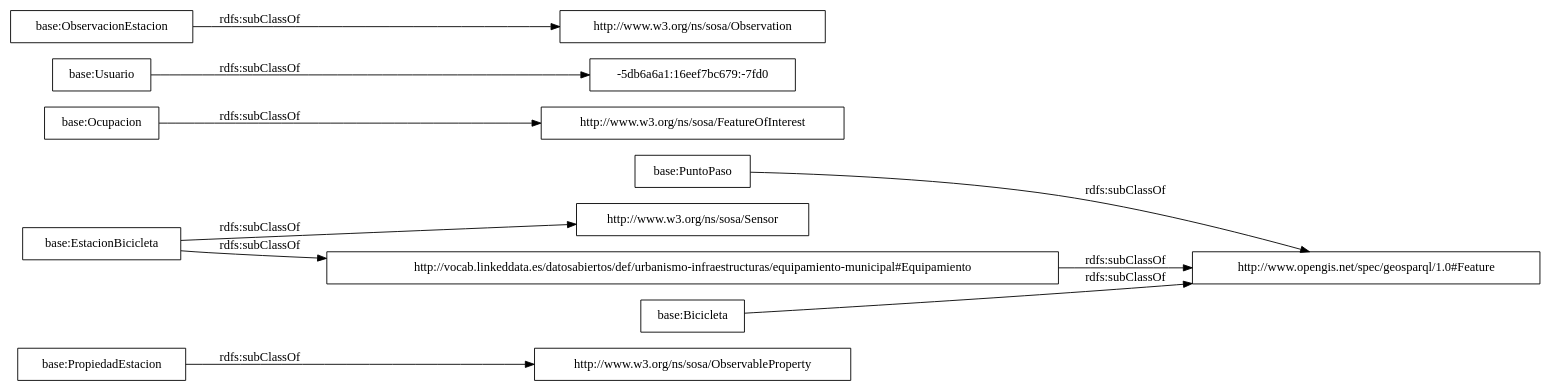
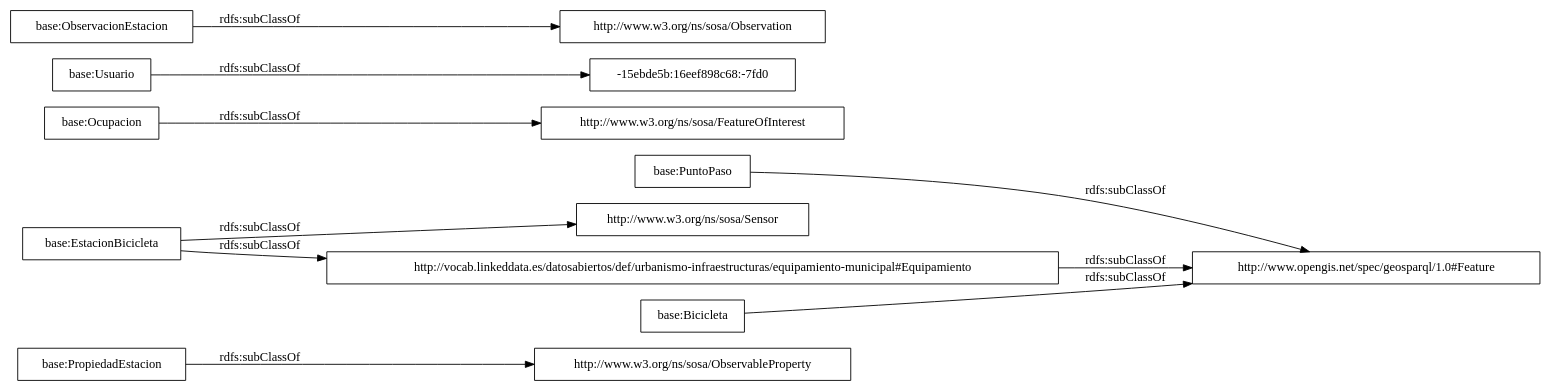
The diagram in OnToology/Ontology/bicicleta-publica.owl/diagrams/ar2dtool-taxonomy/bicicleta-publica.owl.png.dot (opencitydata/transporte-bici-datos-publicos), drawn with Graphviz before and after one commit. The commit also changed 23 other files, not shown here.

```diff
--- a/OnToology/Ontology/bicicleta-publica.owl/diagrams/ar2dtool-taxonomy/bicicleta-publica.owl.png.dot
+++ b/OnToology/Ontology/bicicleta-publica.owl/diagrams/ar2dtool-taxonomy/bicicleta-publica.owl.png.dot
@@ -1,15 +1,15 @@
 digraph ar2dtool_diagram { 
 rankdir=LR;
 size="1000"
-node [shape = rectangle, color="black"]; "base:PropiedadEstacion" "base:PuntoPaso" "http://www.w3.org/ns/sosa/ObservableProperty" "http://www.w3.org/ns/sosa/FeatureOfInterest" "base:Usuario" "base:Ocupacion" "-5db6a6a1:16eef7bc679:-7fd0" "http://www.w3.org/ns/sosa/Observation" "http://www.w3.org/ns/sosa/Sensor" "http://vocab.linkeddata.es/datosabiertos/def/urbanismo-infraestructuras/equipamiento-municipal#Equipamiento" "base:EstacionBicicleta" "base:ObservacionEstacion" "base:Bicicleta" "http://www.opengis.net/spec/geosparql/1.0#Feature" ; /*classes style*/
+node [shape = rectangle, color="black"]; "base:PropiedadEstacion" "base:PuntoPaso" "http://www.w3.org/ns/sosa/ObservableProperty" "http://www.w3.org/ns/sosa/FeatureOfInterest" "base:Usuario" "base:Ocupacion" "-15ebde5b:16eef898c68:-7fd0" "http://www.w3.org/ns/sosa/Observation" "http://www.w3.org/ns/sosa/Sensor" "http://vocab.linkeddata.es/datosabiertos/def/urbanismo-infraestructuras/equipamiento-municipal#Equipamiento" "base:EstacionBicicleta" "base:ObservacionEstacion" "base:Bicicleta" "http://www.opengis.net/spec/geosparql/1.0#Feature" ; /*classes style*/
 	"http://vocab.linkeddata.es/datosabiertos/def/urbanismo-infraestructuras/equipamiento-municipal#Equipamiento" -> "http://www.opengis.net/spec/geosparql/1.0#Feature" [ label = "rdfs:subClassOf" ];
 	"base:EstacionBicicleta" -> "http://vocab.linkeddata.es/datosabiertos/def/urbanismo-infraestructuras/equipamiento-municipal#Equipamiento" [ label = "rdfs:subClassOf" ];
 	"base:EstacionBicicleta" -> "http://www.w3.org/ns/sosa/Sensor" [ label = "rdfs:subClassOf" ];
-	"base:Usuario" -> "-5db6a6a1:16eef7bc679:-7fd0" [ label = "rdfs:subClassOf" ];
+	"base:Usuario" -> "-15ebde5b:16eef898c68:-7fd0" [ label = "rdfs:subClassOf" ];
 	"base:Bicicleta" -> "http://www.opengis.net/spec/geosparql/1.0#Feature" [ label = "rdfs:subClassOf" ];
 	"base:PuntoPaso" -> "http://www.opengis.net/spec/geosparql/1.0#Feature" [ label = "rdfs:subClassOf" ];
 	"base:Ocupacion" -> "http://www.w3.org/ns/sosa/FeatureOfInterest" [ label = "rdfs:subClassOf" ];
 	"base:PropiedadEstacion" -> "http://www.w3.org/ns/sosa/ObservableProperty" [ label = "rdfs:subClassOf" ];
 	"base:ObservacionEstacion" -> "http://www.w3.org/ns/sosa/Observation" [ label = "rdfs:subClassOf" ];
 
 }
```
